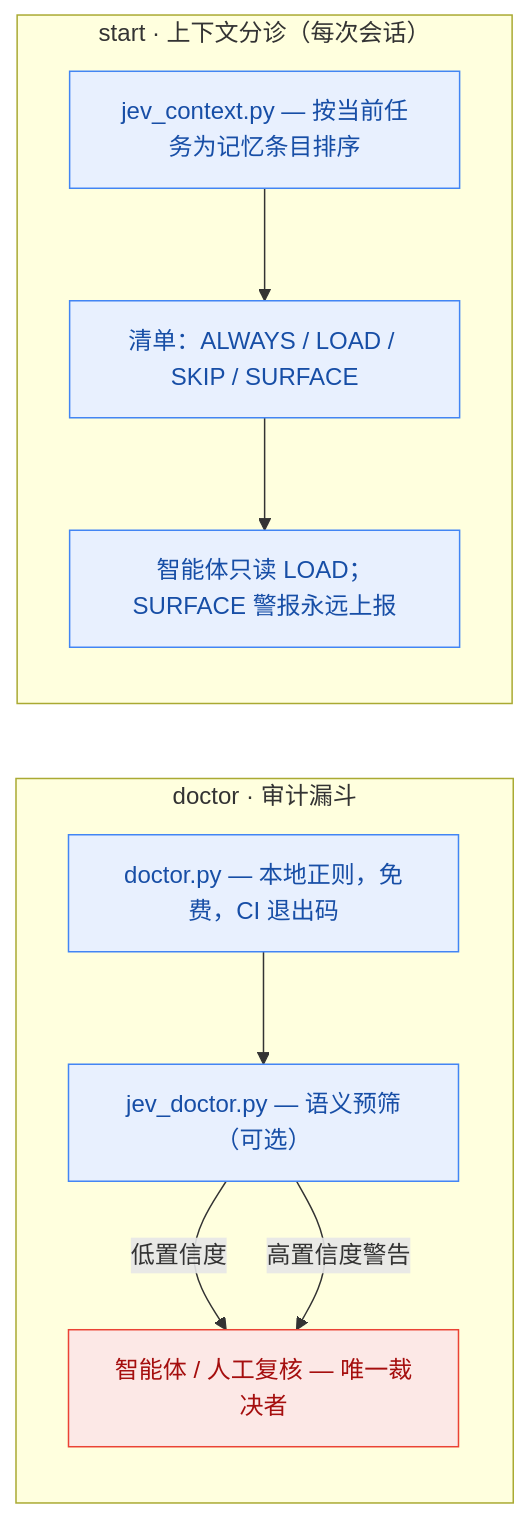
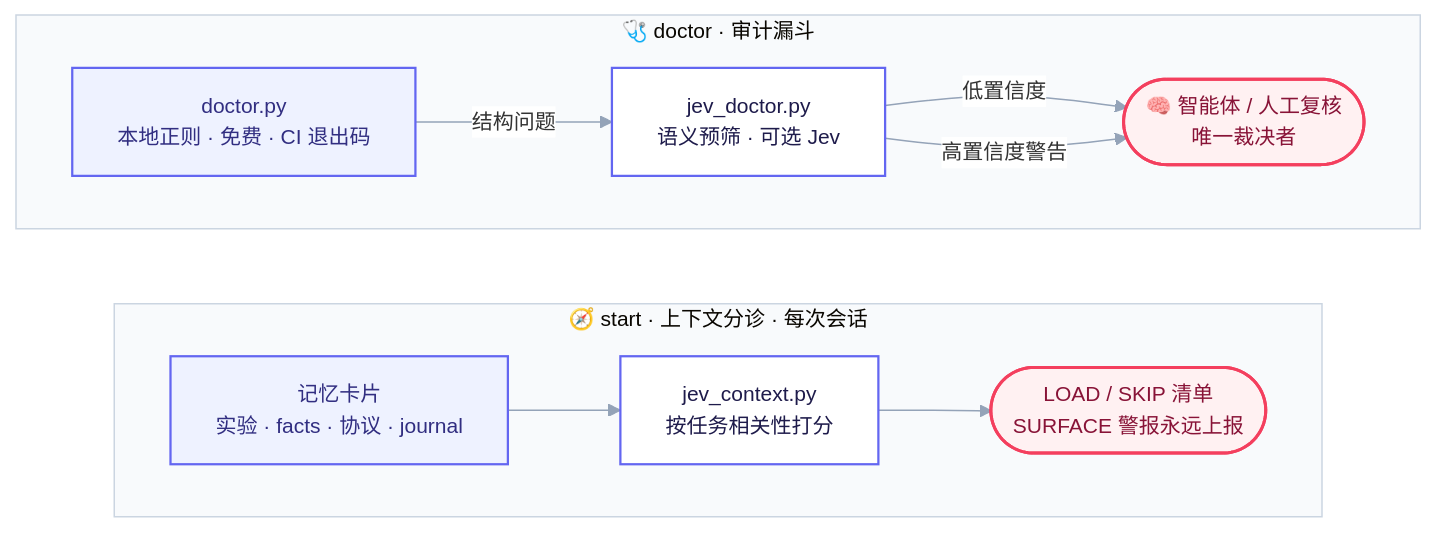
Before and after one commit to poiuyjie/jev_project_context: the second of 2 diagrams in README.zh-CN.md, drawn with Mermaid. The commit also changed other lines of this file and 1 other file, not shown here.

Commit message:
Restyle README diagrams: unified indigo/emerald/amber palette, emoji icons, stadium terminals, init theme, compact labels

````diff
--- a/README.zh-CN.md
+++ b/README.zh-CN.md
@@ -43,20 +48,27 @@
 ```mermaid
-flowchart LR
-    subgraph audit ["doctor · 审计漏斗"]
-        direction TB
-        L1["doctor.py — 本地正则，免费，CI 退出码"] --> L2["jev_doctor.py — 语义预筛（可选）"]
-        L2 -->|"低置信度"| L3["智能体 / 人工复核 — 唯一裁决者"]
-        L2 -->|"高置信度警告"| L3
+flowchart TB
+    %%{init: {"theme":"base","themeVariables":{"fontFamily":"Inter, ui-sans-serif, system-ui, sans-serif","fontSize":"14px","clusterBkg":"#F8FAFC","clusterBorder":"#CBD5E1","lineColor":"#94A3B8","edgeLabelBackground":"#FFFFFF"}}}%%
+    subgraph audit["🩺 doctor · 审计漏斗"]
+        direction LR
+        l1["doctor.py<br/>本地正则 · 免费 · CI 退出码"]:::c1
+        l2["jev_doctor.py<br/>语义预筛 · 可选 Jev"]:::c2
+        l3(["🧠 智能体 / 人工复核<br/>唯一裁决者"]):::c3
+        l1 -->|结构问题| l2
+        l2 -->|低置信度| l3
+        l2 -->|高置信度警告| l3
     end
 
-    subgraph ctx ["start · 上下文分诊（每次会话）"]
-        direction TB
-        S1["jev_context.py — 按当前任务为记忆条目排序"] --> S2["清单：ALWAYS / LOAD / SKIP / SURFACE"]
-        S2 --> S3["智能体只读 LOAD；SURFACE 警报永远上报"]
+    subgraph triage["🧭 start · 上下文分诊 · 每次会话"]
+        direction LR
+        s1["记忆卡片<br/>实验 · facts · 协议 · journal"]:::c1
+        s2["jev_context.py<br/>按任务相关性打分"]:::c2
+        s3(["LOAD / SKIP 清单<br/>SURFACE 警报永远上报"]):::c3
+        s1 --> s2 --> s3
     end
 
-    classDef layer fill:#e8f0fe,stroke:#4285f4,color:#174ea6;
-    classDef brain fill:#fce8e6,stroke:#ea4335,color:#a50e0e;
-    class L1,L2,S1,S2,S3 layer;
-    class L3 brain;
+    audit ~~~ triage
+
+    classDef c1 fill:#EEF2FF,stroke:#6366F1,stroke-width:1.5px,color:#312E81;
+    classDef c2 fill:#FFFFFF,stroke:#6366F1,stroke-width:1.5px,color:#1E1B4B;
+    classDef c3 fill:#FFF1F2,stroke:#F43F5E,stroke-width:2px,color:#881337;
 ```
````
